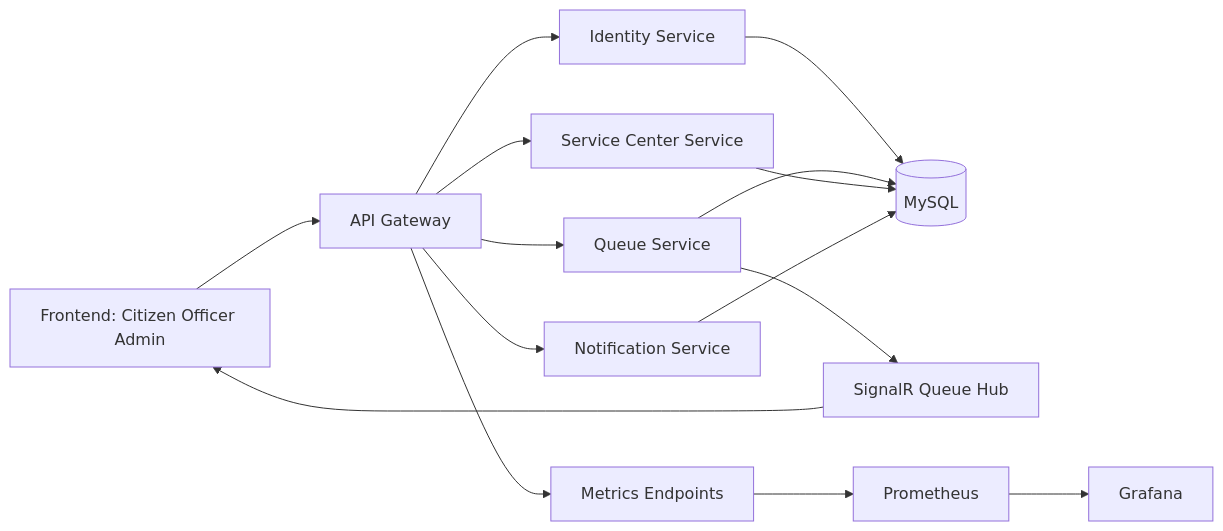
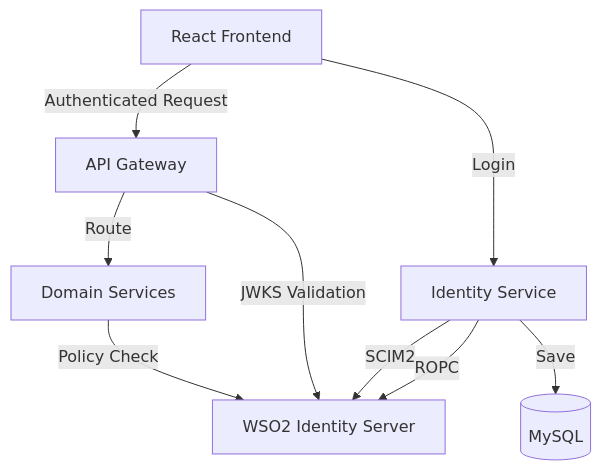
One commit to Hesara2003/Qlanka-pro changed the diagram in README.md. Above: the diagram before and after it, drawn with Mermaid. The commit also changed other lines of this file, not shown here.

Commit message:
docs: update root README with full WSO2 integration details

````diff
--- a/README.md
+++ b/README.md
@@ -46,20 +71,12 @@
 ```mermaid
-flowchart LR
-	UI[Frontend: Citizen Officer Admin] --> GW[API Gateway]
-	GW --> ID[Identity Service]
-	GW --> Q[Queue Service]
-	GW --> SC[Service Center Service]
-	GW --> N[Notification Service]
-
-	ID --> DB[(MySQL)]
-	Q --> DB
-	SC --> DB
-	N --> DB
-
-	Q --> HUB[SignalR Queue Hub]
-	HUB --> UI
-
-	GW --> M[Metrics Endpoints]
-	M --> P[Prometheus]
-	P --> G[Grafana]
+flowchart TD
+    Client[React Frontend] -->|Login| ID[Identity Service]
+    ID -->|ROPC| WSO2[WSO2 Identity Server]
+    ID -->|SCIM2| WSO2
+    ID -->|Save| DB[(MySQL)]
+    
+    Client -->|Authenticated Request| GW[API Gateway]
+    GW -->|JWKS Validation| WSO2
+    GW -->|Route| Services[Domain Services]
+    Services -->|Policy Check| WSO2
 ```
````
